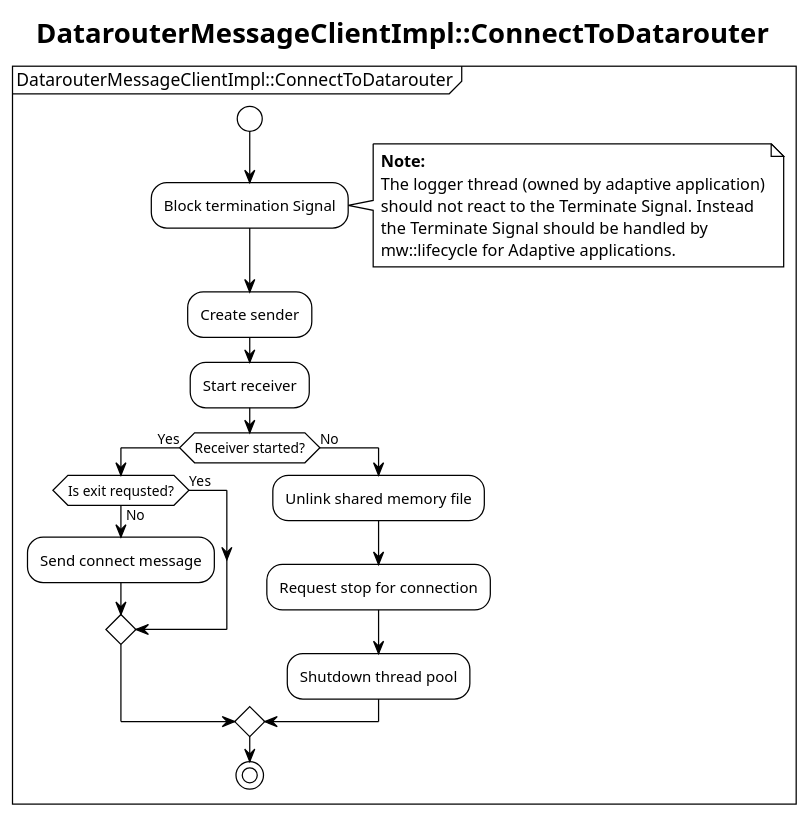
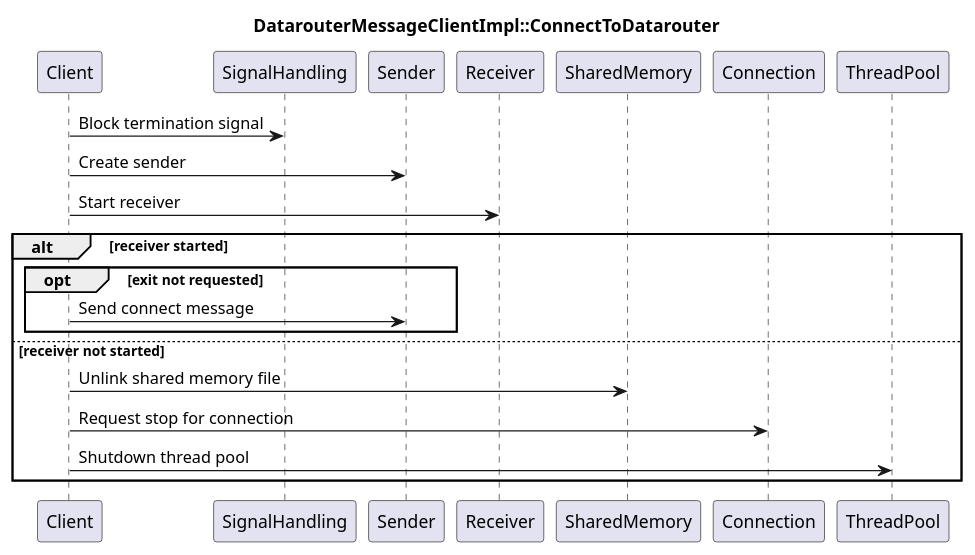
One commit to eclipse-score/logging changed the diagram in score/mw/log/design/backend/datarouter_backend/datarouter_message_client_impl_connecttodatarouter.puml. Above: the diagram before and after it, drawn with PlantUML. The commit also changed 12 other files, not shown here.

First line of the commit message:
Fix puml diagrams to comply with score_tooling 2.x parser

```diff
--- a/score/mw/log/design/backend/datarouter_backend/datarouter_message_client_impl_connecttodatarouter.puml
+++ b/score/mw/log/design/backend/datarouter_backend/datarouter_message_client_impl_connecttodatarouter.puml
@@ -14,35 +14,26 @@
-@startuml
-!theme plain
+@startuml DatarouterMessageClientImpl_ConnectToDatarouter
 title DatarouterMessageClientImpl::ConnectToDatarouter
 
-partition "DatarouterMessageClientImpl::ConnectToDatarouter" {
-    start
+participant "Client" as Client
+participant "SignalHandling" as SignalHandling
+participant "Sender" as Sender
+participant "Receiver" as Receiver
+participant "SharedMemory" as SharedMemory
+participant "Connection" as Connection
+participant "ThreadPool" as ThreadPool
 
-    :Block termination Signal;
-    note right
-        **Note:**
-        The logger thread (owned by adaptive application)
-        should not react to the Terminate Signal. Instead
-        the Terminate Signal should be handled by
-        mw::lifecycle for Adaptive applications.
-    end note
+Client -> SignalHandling : Block termination signal
+Client -> Sender : Create sender
+Client -> Receiver : Start receiver
 
-    :Create sender;
-
-    :Start receiver;
-
-    if (Receiver started?) then (Yes)
-        if (Is exit requsted?) then (No)
-            :Send connect message;
-        else (Yes)
-        endif
-    else (No)
-        :Unlink shared memory file;
-        :Request stop for connection;
-        :Shutdown thread pool;
-    endif
-
-    stop
-}
+alt receiver started
+    opt exit not requested
+        Client -> Sender : Send connect message
+    end
+else receiver not started
+    Client -> SharedMemory : Unlink shared memory file
+    Client -> Connection : Request stop for connection
+    Client -> ThreadPool : Shutdown thread pool
+end
 
 @enduml
```
